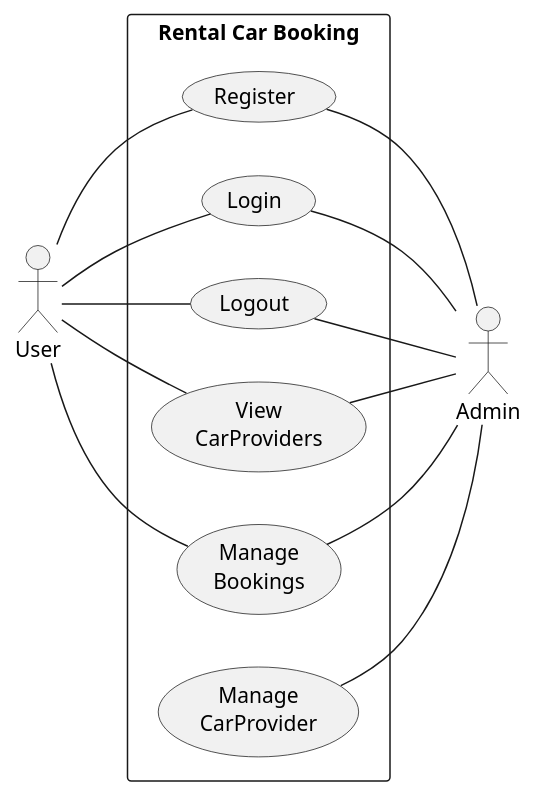
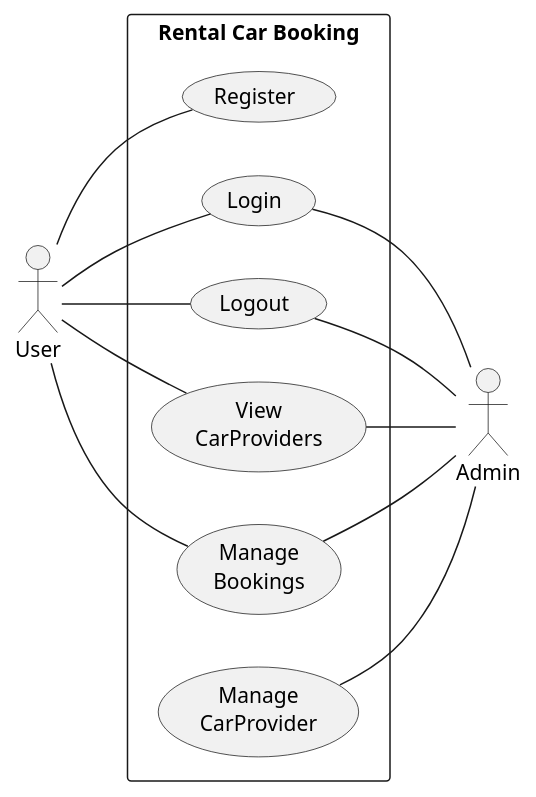
Before and after one commit to 2110503TACEDT66/presentation-day-1-yenkor: the diagram in UML/UseCaseDiagram/useCase.puml, drawn with PlantUML.

Commit message:
Update use case diagram to remove admin registration

```diff
--- a/UML/UseCaseDiagram/useCase.puml
+++ b/UML/UseCaseDiagram/useCase.puml
@@ -1,27 +1,26 @@
 @startuml Rental Car Booking Use Case Diagram
 left to right direction
 actor "User" as user
 rectangle "Rental Car Booking" as rentalCarBooking {
     usecase "Register" as register
     usecase "Login" as login
     usecase "Logout" as logout
     usecase "View\nCarProviders" as viewCarProvider
     usecase "Manage\nBookings" as manageBookings
     usecase "Manage\nCarProvider" as manageCarProvider
 }
 
 user -- register
 user -- login
 user -- logout
 user -- viewCarProvider
 user -- manageBookings
 
 actor "Admin" as admin
-register -- admin
 login -- admin
 logout -- admin
 viewCarProvider -- admin
 manageBookings -- admin
 manageCarProvider -- admin
 
 @enduml
```
